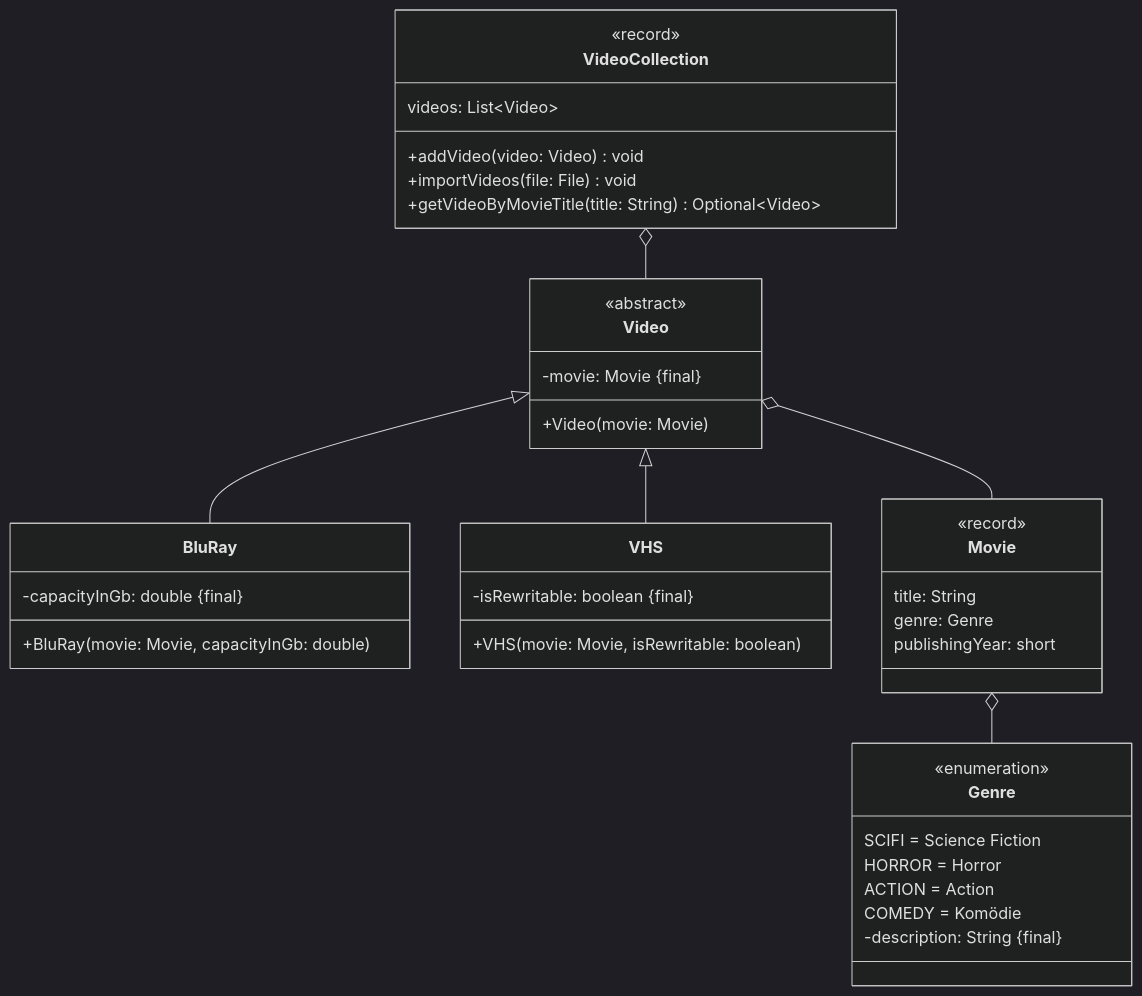
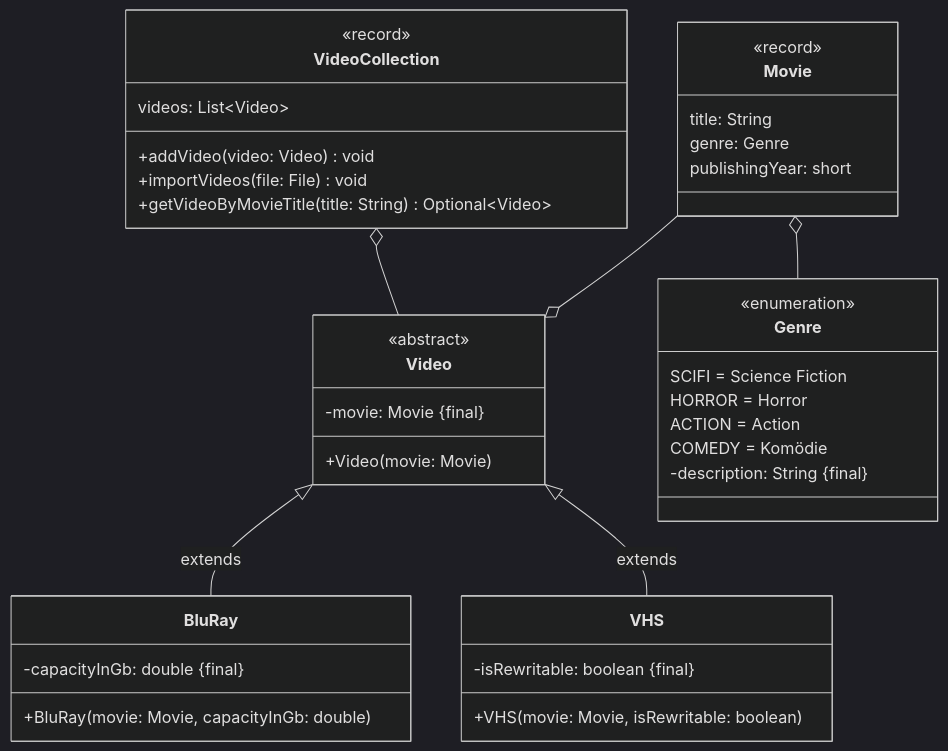
Before and after one commit to jappuccini/java-docs: the diagram in docs/exam-exercises/exam-exercises-java2/video-collection.md, drawn with Mermaid (dark theme). The commit also changed 36 other files, not shown here.

````diff
--- a/docs/exam-exercises/exam-exercises-java2/video-collection.md
+++ b/docs/exam-exercises/exam-exercises-java2/video-collection.md
@@ -12,48 +12,48 @@
 ```mermaid
 classDiagram
     VideoCollection o-- Video
-    Video <|-- BluRay
-    Video <|-- VHS
-    Video o-- Movie
+    Video <|-- BluRay : extends
+    Video <|-- VHS : extends
+    Movie --o Video
     Movie o-- Genre
 
     class VideoCollection {
         <<record>>
         videos: List~Video~
         +addVideo(video: Video) void
         +importVideos(file: File) void
         +getVideoByMovieTitle(title: String) Optional~Video~
     }
 
     class Video {
         <<abstract>>
         -movie: Movie &#123final&#125
         +Video(movie: Movie)
     }
 
     class VHS {
         -isRewritable: boolean &#123final&#125
         +VHS(movie: Movie, isRewritable: boolean)
     }
 
     class BluRay {
         -capacityInGb: double &#123final&#125
         +BluRay(movie: Movie, capacityInGb: double)
     }
 
     class Movie {
         <<record>>
         title: String
         genre: Genre
         publishingYear: short
     }
 
     class Genre {
         <<enumeration>>
         SCIFI = Science Fiction
         HORROR = Horror
         ACTION = Action
         COMEDY = Komödie
         -description: String &#123final&#125
     }
 ```
````
